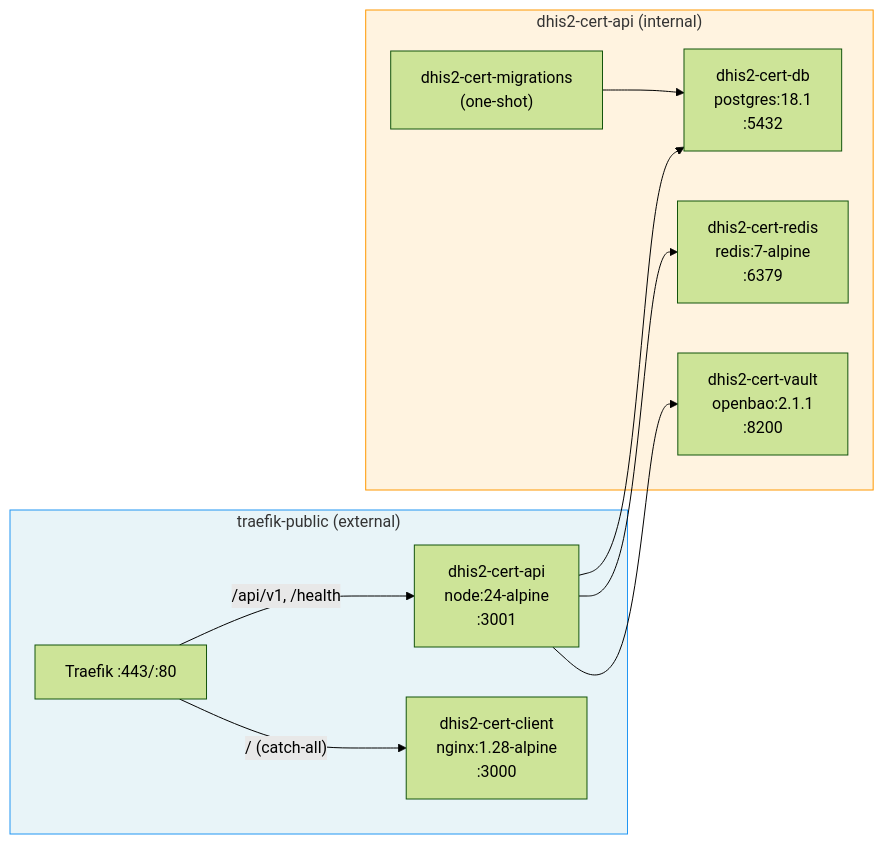
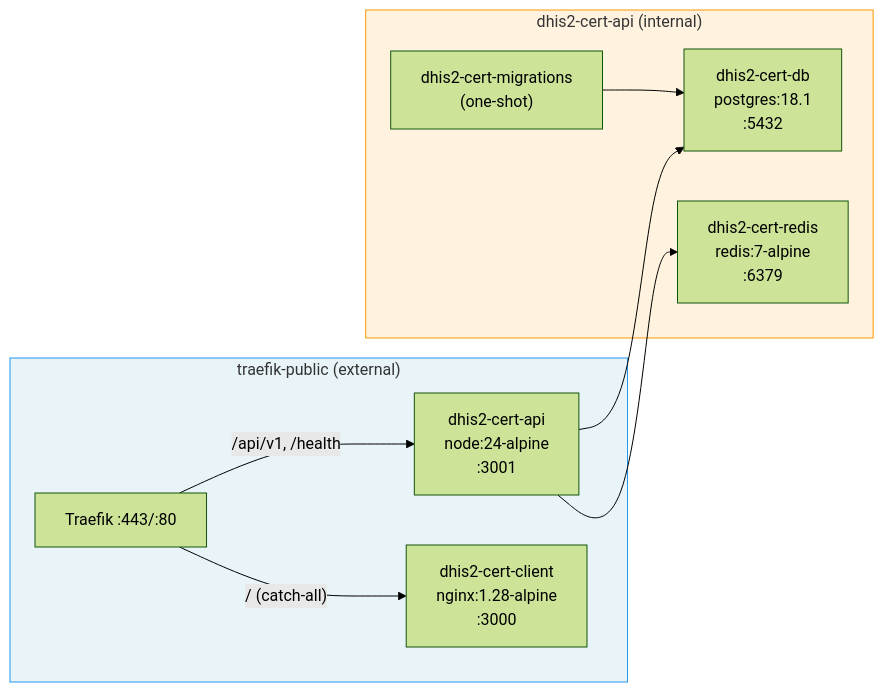
The second of 8 diagrams in docs/architecture.md (dhis2/certification-app), drawn with Mermaid (forest theme) before and after one commit. The commit also changed other lines of this file and 23 other files, not shown here.

````diff
--- a/docs/architecture.md
+++ b/docs/architecture.md
@@ -49,26 +46,24 @@
 ```mermaid
 graph LR
     subgraph traefik-public["traefik-public (external)"]
         Traefik["Traefik :443/:80"]
         ClientC["dhis2-cert-client<br/>nginx:1.28-alpine<br/>:3000"]
         APIC["dhis2-cert-api<br/>node:24-alpine<br/>:3001"]
     end
 
     subgraph dhis2-cert-api-net["dhis2-cert-api (internal)"]
         APIC
         DB["dhis2-cert-db<br/>postgres:18.1<br/>:5432"]
         RedisC["dhis2-cert-redis<br/>redis:7-alpine<br/>:6379"]
         Migrations["dhis2-cert-migrations<br/>(one-shot)"]
-        VaultC["dhis2-cert-vault<br/>openbao:2.1.1<br/>:8200"]
     end
 
     Traefik -->|"/api/v1, /health"| APIC
     Traefik -->|"/ (catch-all)"| ClientC
     APIC --> DB
     APIC --> RedisC
-    APIC --> VaultC
     Migrations --> DB
 
     style traefik-public fill:#e8f4f8,stroke:#2196F3
     style dhis2-cert-api-net fill:#fff3e0,stroke:#FF9800
 ```
````
